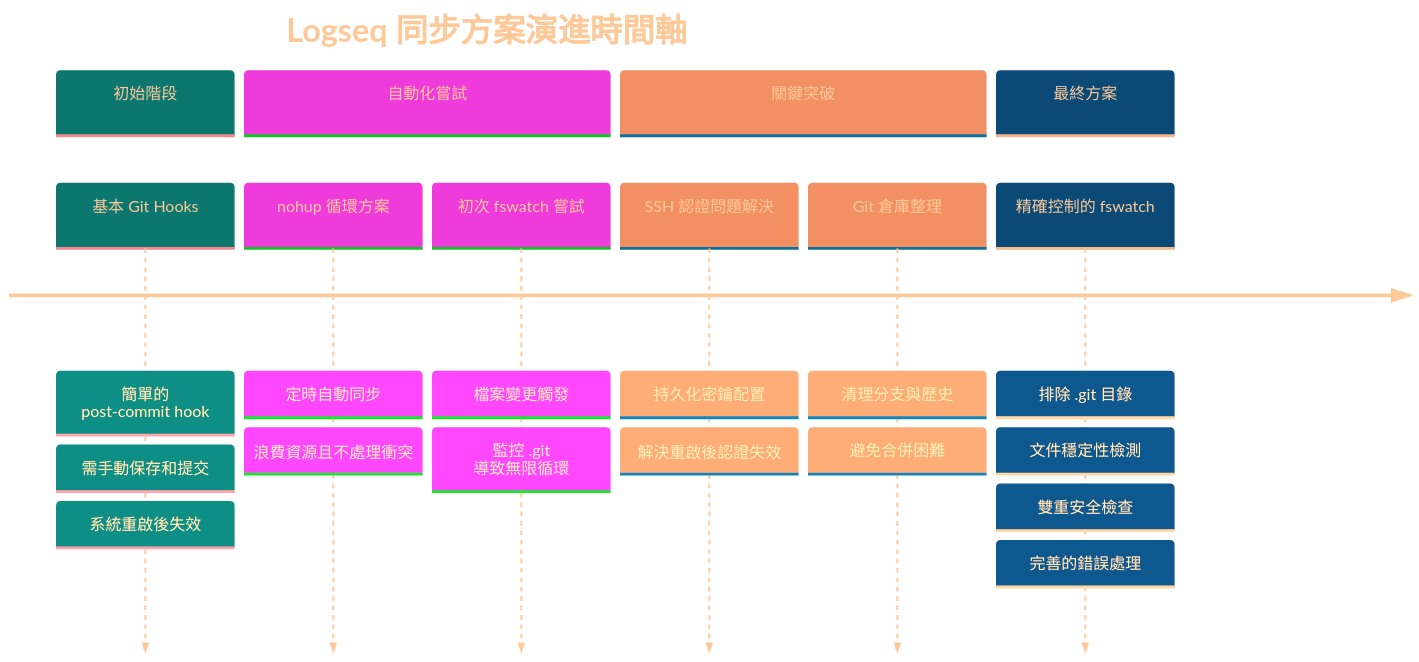
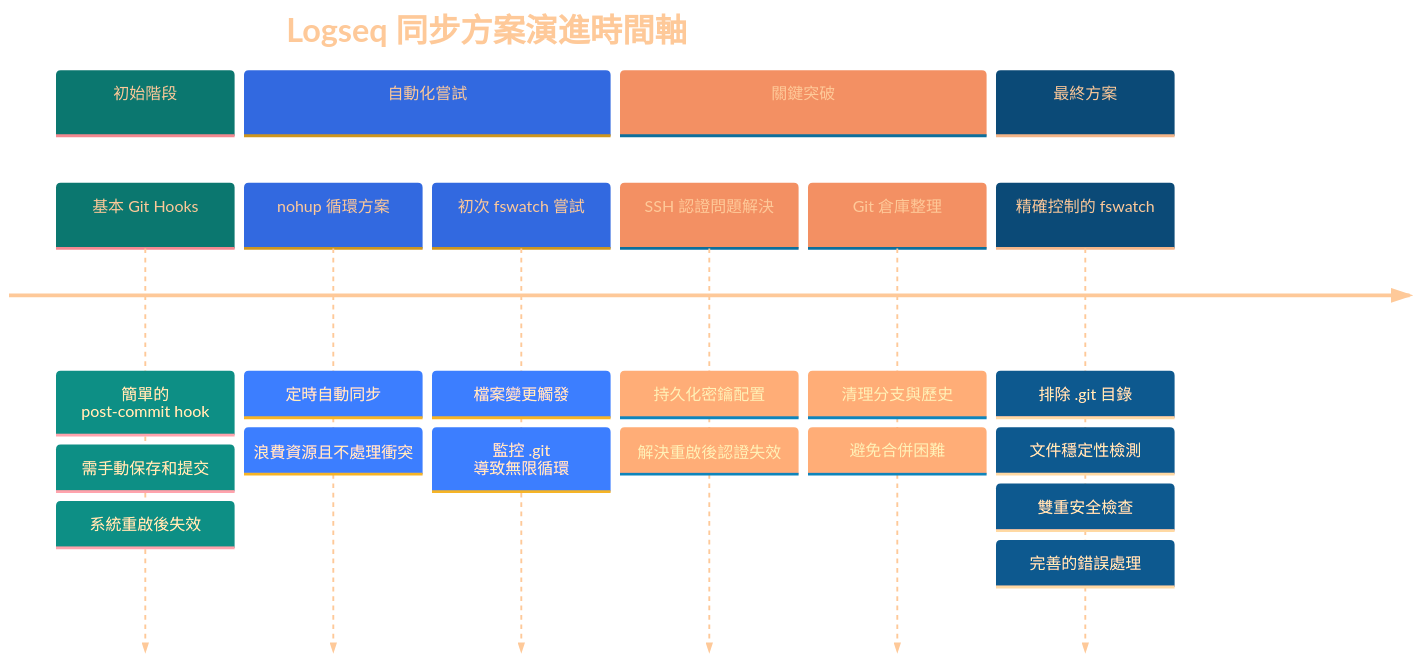
One commit to GengGeng026/Sync-Logseq changed the first of 2 diagrams in Logseq同步方案演進記錄.md. Above: the diagram before and after it, drawn with Mermaid.

Commit message:
Auto-sync: Wed Mar 26 10:06:11 +08 2025

````diff
--- a/Logseq同步方案演進記錄.md
+++ b/Logseq同步方案演進記錄.md
@@ -24,38 +24,38 @@
 ```mermaid
 %%{init: {
   'theme': 'base', 
   'themeVariables': {
     'primaryTextColor': '#FEC999',
     'primaryColor': '#19E9D9',
-    'secondaryColor': '#F9B1F1',
+    'secondaryColor': '#A1BAF1',
     'tertiaryColor': '#FCE4D9',
     'primaryBorderColor': '#A9D9D9',
     'background': 'transparent',
     'clusterBkg': 'transparent',
     'fontFamily': 'default',
     'fontSize': '17px',
     'fontWeight': 'normal'
   }
 }}%%
 timeline
     title Logseq 同步方案演進時間軸
     section 初始階段
         基本 Git Hooks : 簡單的 post-commit hook
         : 需手動保存和提交
         : 系統重啟後失效
     section 自動化嘗試
         nohup 循環方案 : 定時自動同步
         : 浪費資源且不處理衝突
         初次 fswatch 嘗試 : 檔案變更觸發
         : 監控 .git 導致無限循環
     section 關鍵突破
         SSH 認證問題解決 : 持久化密鑰配置
         : 解決重啟後認證失效
         Git 倉庫整理 : 清理分支與歷史
         : 避免合併困難
     section 最終方案
         精確控制的 fswatch : 排除 .git 目錄
         : 文件穩定性檢測
         : 雙重安全檢查
         : 完善的錯誤處理
 ```
````
